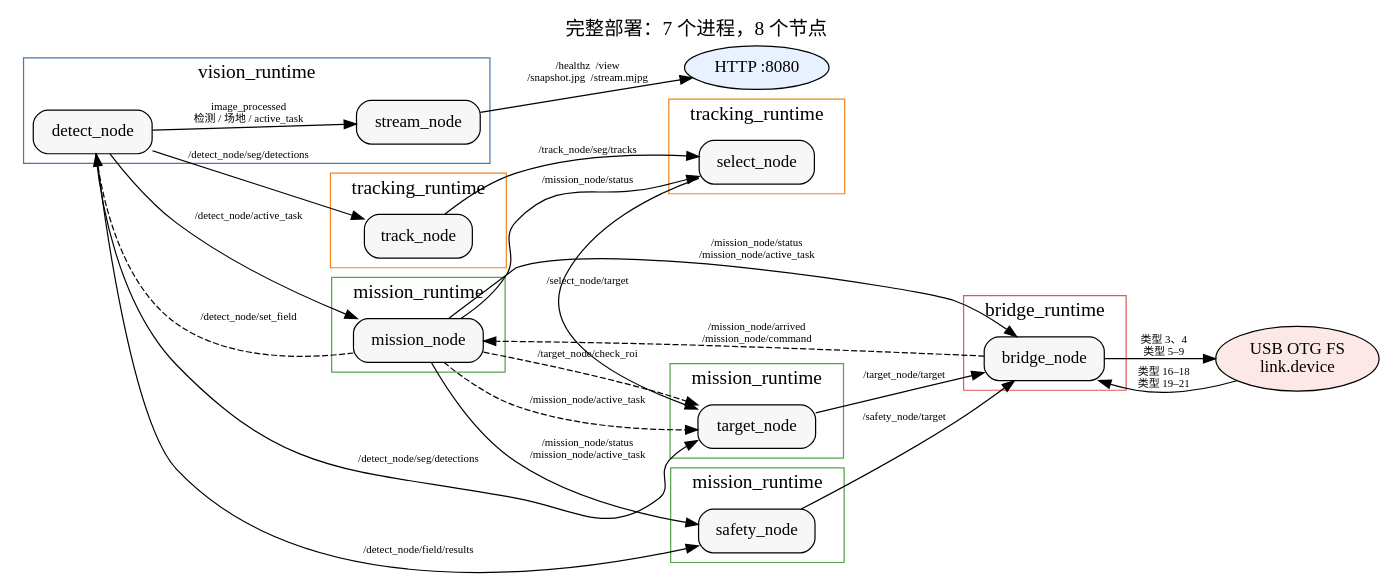
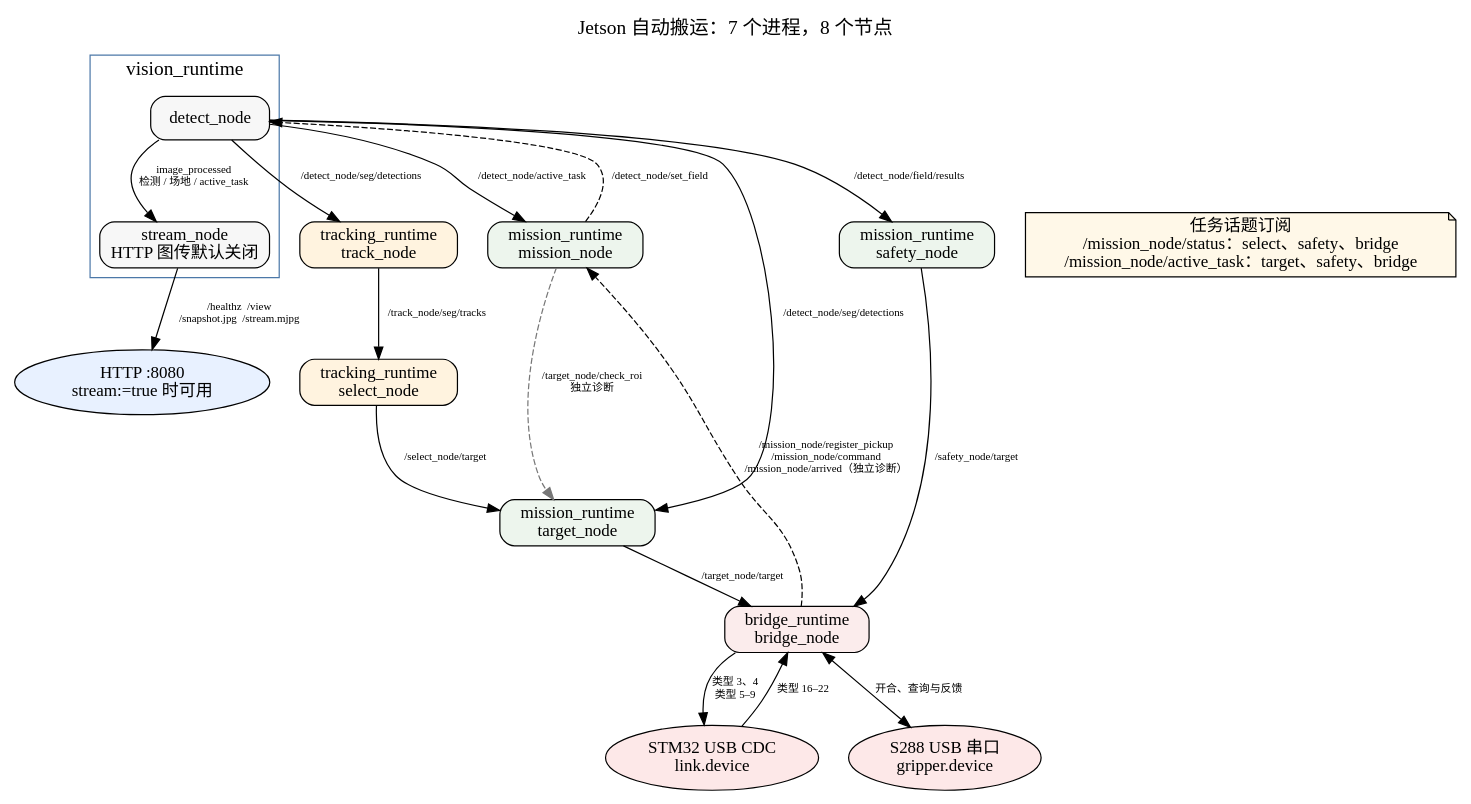
One commit to Lizzz000/gc-rescue-combined changed the diagram in Jetson/docs/flowcharts/system.dot. Above: the diagram before and after it, drawn with Graphviz. The commit also changed 92 other files, not shown here.

```diff
--- a/Jetson/docs/flowcharts/system.dot
+++ b/Jetson/docs/flowcharts/system.dot
@@ -1,80 +1,51 @@
 digraph system {
   graph [
     fontname="Microsoft YaHei",
-    rankdir=LR,
-    label="完整部署：7 个进程，8 个节点",
+    rankdir=TB,
+    label="Jetson 自动搬运：7 个进程，8 个节点",
     labelloc=t,
     fontsize=16,
     nodesep=0.35,
     ranksep=0.55
   ];
   node [fontname="Microsoft YaHei", shape=box, style="rounded,filled", fillcolor="#f7f7f7"];
   edge [fontname="Microsoft YaHei", fontsize=9];
 
   subgraph cluster_vision {
     label="vision_runtime";
     fontname="Microsoft YaHei";
     color="#4c78a8";
     detect [label="detect_node"];
-    stream [label="stream_node"];
+    stream [label="stream_node\nHTTP 图传默认关闭"];
   }
-  subgraph cluster_track {
-    label="tracking_runtime";
-    fontname="Microsoft YaHei";
-    color="#f58518";
-    track [label="track_node"];
-  }
-  subgraph cluster_select {
-    label="tracking_runtime";
-    fontname="Microsoft YaHei";
-    color="#f58518";
-    select [label="select_node"];
-  }
-  subgraph cluster_mission {
-    label="mission_runtime";
-    fontname="Microsoft YaHei";
-    color="#54a24b";
-    mission [label="mission_node"];
-  }
-  subgraph cluster_target {
-    label="mission_runtime";
-    fontname="Microsoft YaHei";
-    color="#54a24b";
-    target [label="target_node"];
-  }
-  subgraph cluster_safety {
-    label="mission_runtime";
-    fontname="Microsoft YaHei";
-    color="#54a24b";
-    safety [label="safety_node"];
-  }
-  subgraph cluster_bridge {
-    label="bridge_runtime";
-    fontname="Microsoft YaHei";
-    color="#e45756";
-    bridge [label="bridge_node"];
-  }
-
-  http [label="HTTP :8080", shape=ellipse, fillcolor="#e8f1ff"];
-  can [label="USB OTG FS\nlink.device", shape=ellipse, fillcolor="#fde8e8"];
+  track [label="tracking_runtime\ntrack_node", fillcolor="#fff3df"];
+  select [label="tracking_runtime\nselect_node", fillcolor="#fff3df"];
+  mission [label="mission_runtime\nmission_node", fillcolor="#edf5ed"];
+  target [label="mission_runtime\ntarget_node", fillcolor="#edf5ed"];
+  safety [label="mission_runtime\nsafety_node", fillcolor="#edf5ed"];
+  bridge [label="bridge_runtime\nbridge_node", fillcolor="#fbecec"];
+  http [label="HTTP :8080\nstream:=true 时可用", shape=ellipse, fillcolor="#e8f1ff"];
+  stm32 [label="STM32 USB CDC\nlink.device", shape=ellipse, fillcolor="#fde8e8"];
+  gripper [label="S288 USB 串口\ngripper.device", shape=ellipse, fillcolor="#fde8e8"];
+  status [label="任务话题订阅\n/mission_node/status：select、safety、bridge\n/mission_node/active_task：target、safety、bridge",
+          shape=note, fillcolor="#fff8e8"];
 
   detect -> track [label="/detect_node/seg/detections"];
   detect -> target [label="/detect_node/seg/detections"];
   detect -> safety [label="/detect_node/field/results"];
   detect -> stream [label="image_processed\n检测 / 场地 / active_task"];
   detect -> mission [label="/detect_node/active_task"];
   mission -> detect [label="/detect_node/set_field", style=dashed];
   track -> select [label="/track_node/seg/tracks"];
   select -> target [label="/select_node/target"];
-  mission -> select [label="/mission_node/status"];
-  mission -> target [label="/mission_node/active_task", style=dashed];
-  mission -> target [label="/target_node/check_roi", style=dashed];
-  mission -> safety [label="/mission_node/status\n/mission_node/active_task"];
+  mission -> target [label="/target_node/check_roi\n独立诊断", style=dashed, color="#777777"];
   target -> bridge [label="/target_node/target"];
   safety -> bridge [label="/safety_node/target"];
-  mission -> bridge [label="/mission_node/status\n/mission_node/active_task"];
-  bridge -> mission [label="/mission_node/arrived\n/mission_node/command", style=dashed];
+  bridge -> mission [label="/mission_node/register_pickup\n/mission_node/command\n/mission_node/arrived（独立诊断）",
+                     style=dashed, constraint=false];
   stream -> http [label="/healthz  /view\n/snapshot.jpg  /stream.mjpg"];
-  bridge -> can [label="类型 3、4\n类型 5–9"];
-  can -> bridge [label="类型 16–18\n类型 19–21"];
+  bridge -> stm32 [label="类型 3、4\n类型 5–9"];
+  stm32 -> bridge [label="类型 16–22"];
+  bridge -> gripper [label="开合、查询与反馈", dir=both];
+  { rank=same; mission; status; }
 }
```
